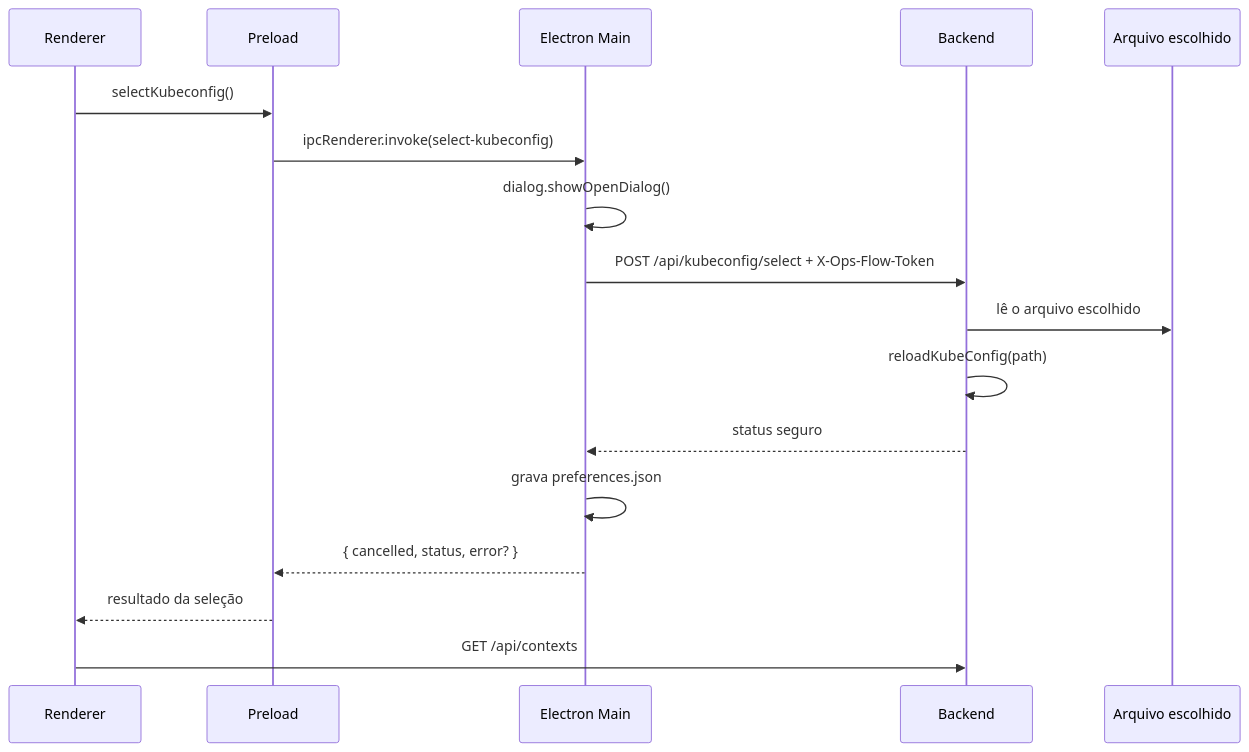
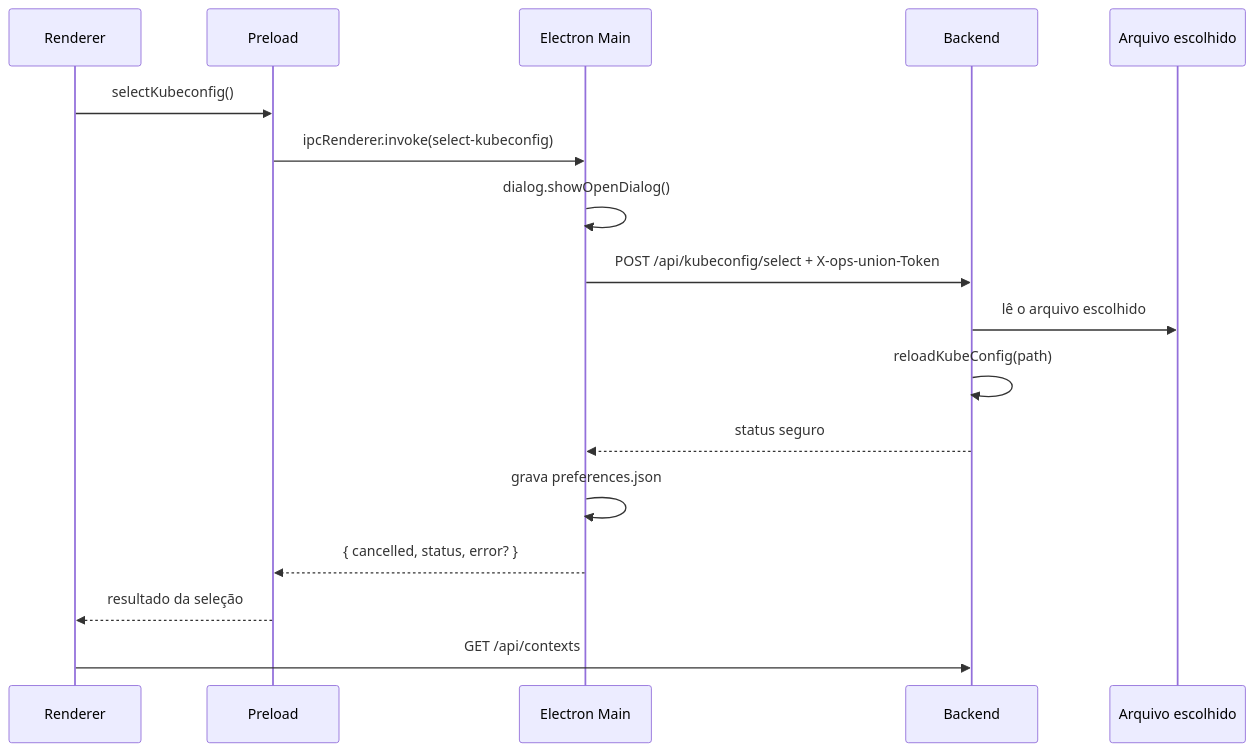
Before and after one commit to idd-galcantara/ops-flow: the second of 2 diagrams in docs/TECH-DEFINITION.md, drawn with Mermaid. The commit also changed other lines of this file and 68 other files, not shown here.

Commit message:
release: prepare Ops Union 1.0.0

````diff
--- a/docs/TECH-DEFINITION.md
+++ b/docs/TECH-DEFINITION.md
@@ -604,20 +604,20 @@
 ```mermaid
 sequenceDiagram
   participant R as Renderer
   participant P as Preload
   participant M as Electron Main
   participant B as Backend
   participant F as Arquivo escolhido
 
   R->>P: selectKubeconfig()
   P->>M: ipcRenderer.invoke(select-kubeconfig)
   M->>M: dialog.showOpenDialog()
-  M->>B: POST /api/kubeconfig/select + X-Ops-Flow-Token
+  M->>B: POST /api/kubeconfig/select + X-ops-union-Token
   B->>F: lê o arquivo escolhido
   B->>B: reloadKubeConfig(path)
   B-->>M: status seguro
   M->>M: grava preferences.json
   M-->>P: { cancelled, status, error? }
   P-->>R: resultado da seleção
   R->>B: GET /api/contexts
 ```
````
